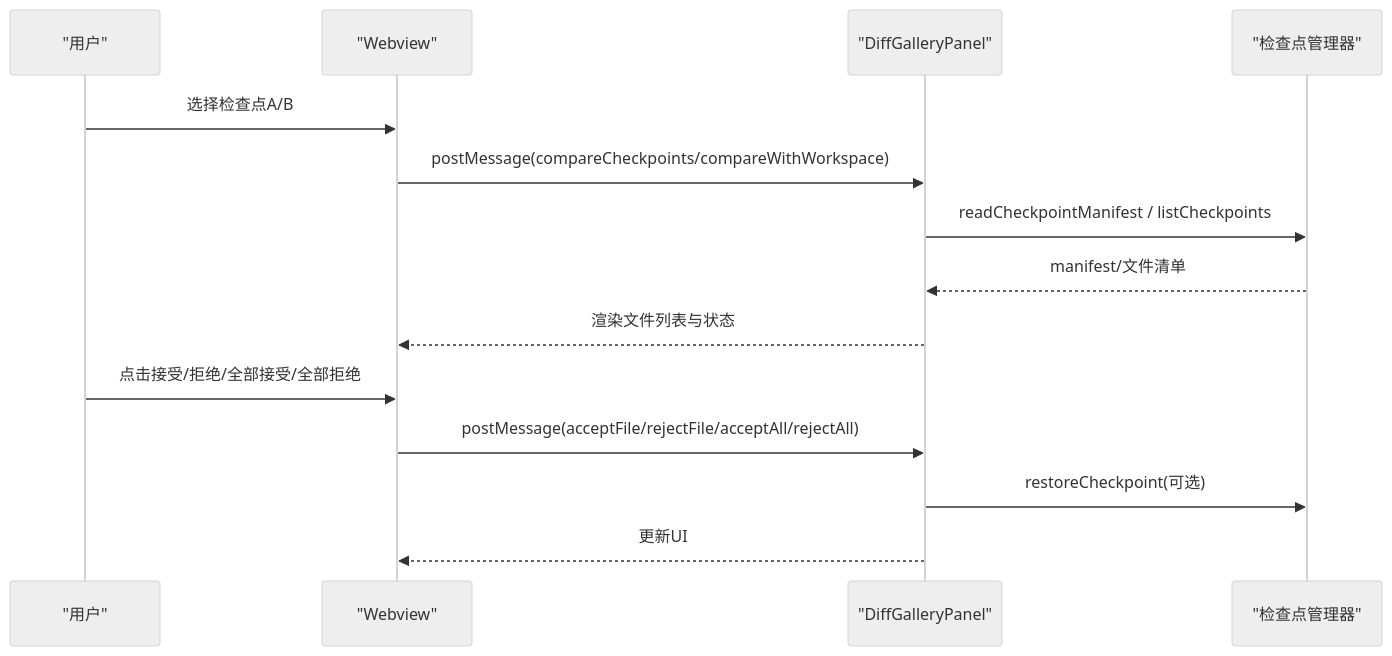
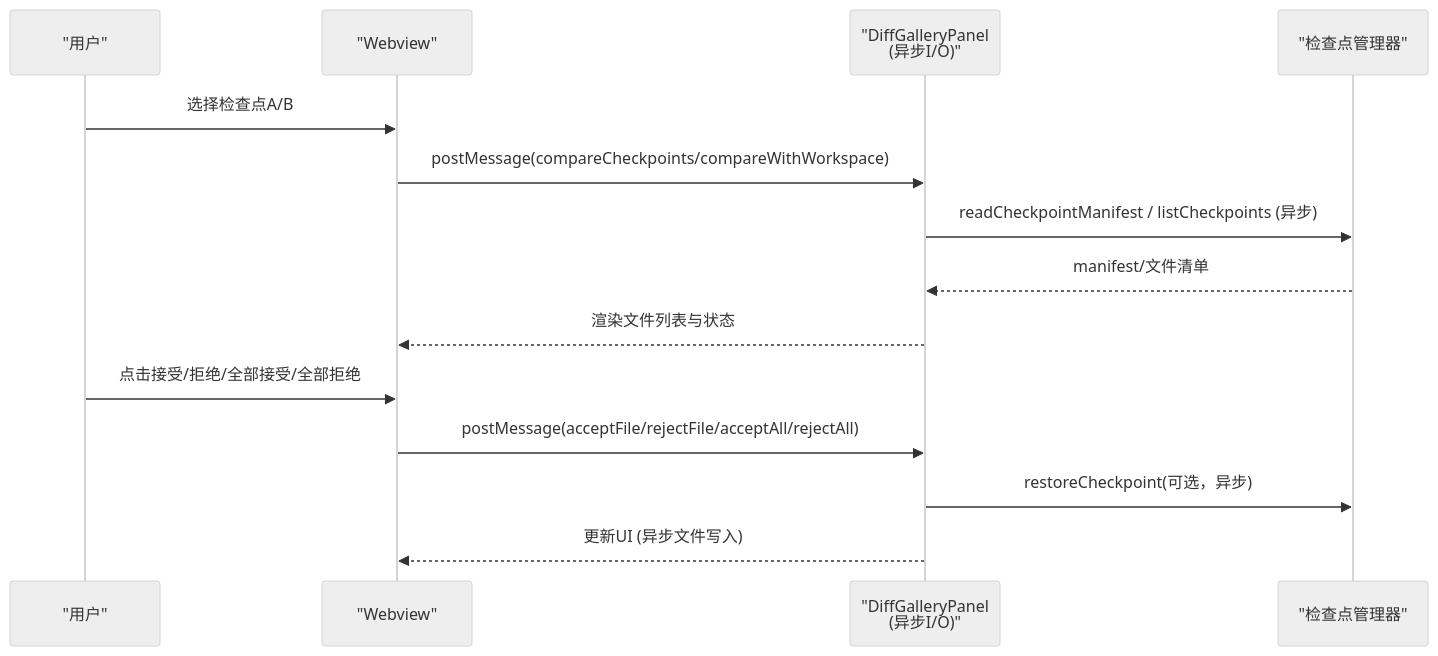
Before and after one commit to sofate798/KodrixCode: the fifth of 6 diagrams in .qoder/repowiki/zh/content/架构设计/Agent 操作系统架构/检查点可视化系统.md, drawn with Mermaid (neutral theme). The commit also changed other lines of this file and 9 other files, not shown here.

````diff
--- a/.qoder/repowiki/zh/content/架构设计/Agent 操作系统架构/检查点可视化系统.md
+++ b/.qoder/repowiki/zh/content/架构设计/Agent 操作系统架构/检查点可视化系统.md
@@ -194,16 +217,16 @@
 ```mermaid
 sequenceDiagram
 participant U as "用户"
 participant W as "Webview"
-participant P as "DiffGalleryPanel"
+participant P as "DiffGalleryPanel<br/>(异步I/O)"
 participant M as "检查点管理器"
 U->>W : 选择检查点A/B
 W->>P : postMessage(compareCheckpoints/compareWithWorkspace)
-P->>M : readCheckpointManifest / listCheckpoints
+P->>M : readCheckpointManifest / listCheckpoints (异步)
 M-->>P : manifest/文件清单
 P-->>W : 渲染文件列表与状态
 U->>W : 点击接受/拒绝/全部接受/全部拒绝
 W->>P : postMessage(acceptFile/rejectFile/acceptAll/rejectAll)
-P->>M : restoreCheckpoint(可选)
-P-->>W : 更新UI
+P->>M : restoreCheckpoint(可选，异步)
+P-->>W : 更新UI (异步文件写入)
 ```
````
